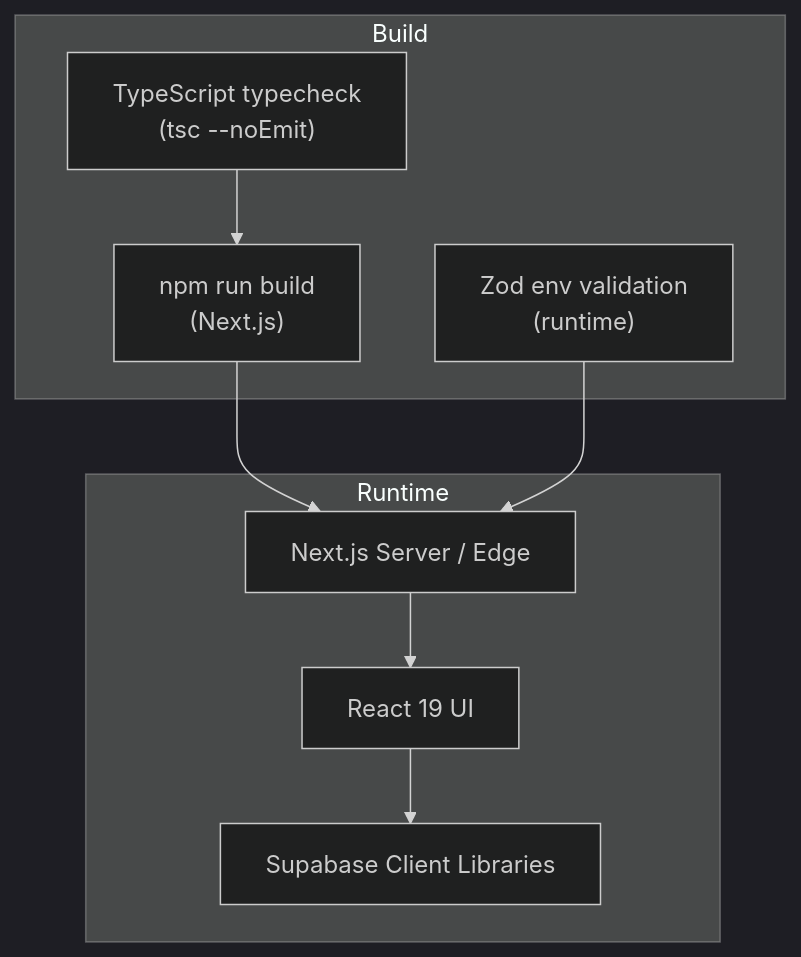
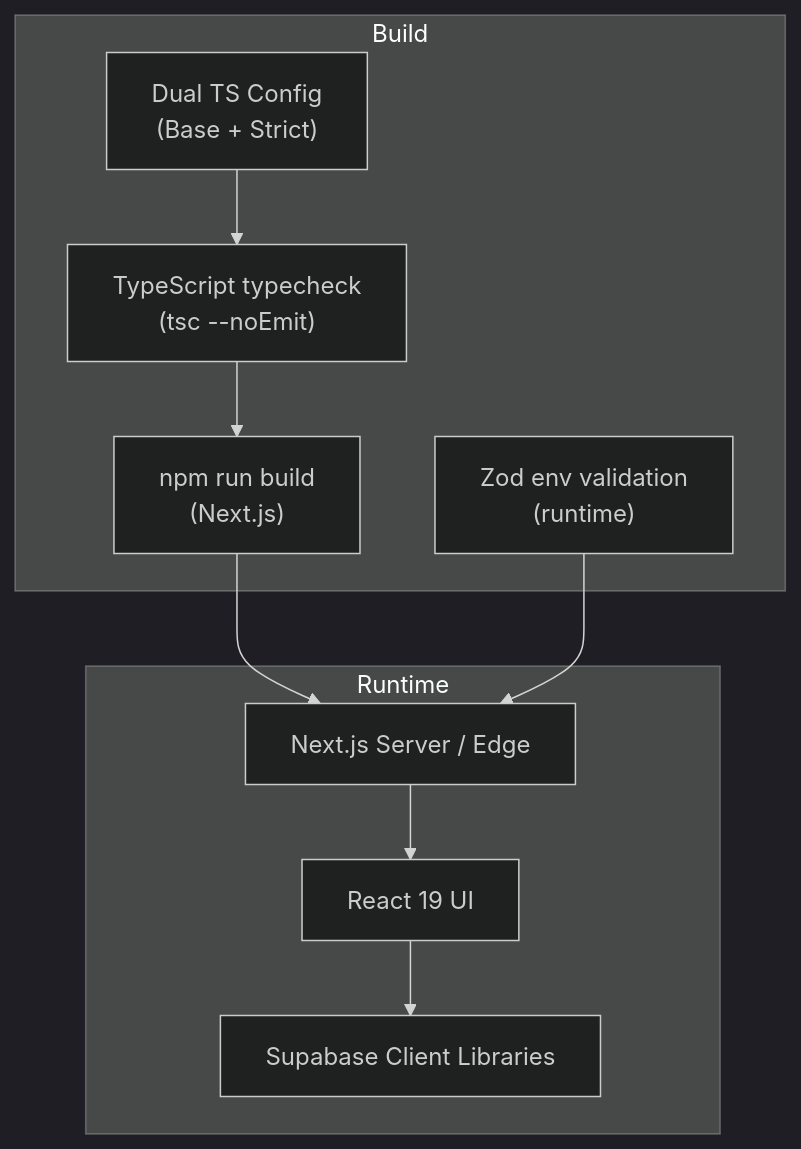
The second of 5 diagrams in .qoder/repowiki/en/content/Build & Deployment.md (AmeliaDi/ProyectoENESZooMatch), drawn with Mermaid (dark theme) before and after one commit. The commit also changed other lines of this file and 50 other files, not shown here.

````diff
--- a/.qoder/repowiki/en/content/Build & Deployment.md
+++ b/.qoder/repowiki/en/content/Build & Deployment.md
@@ -78,18 +92,20 @@
 ```mermaid
 graph TB
 subgraph "Build"
 P["npm run build<br/>(Next.js)"]
 T["TypeScript typecheck<br/>(tsc --noEmit)"]
+TS["Dual TS Config<br/>(Base + Strict)"]
 Z["Zod env validation<br/>(runtime)"]
 end
 subgraph "Runtime"
 N["Next.js Server / Edge"]
 R["React 19 UI"]
 S["Supabase Client Libraries"]
 end
 P --> N
 T --> P
+TS --> T
 Z --> N
 N --> R
 R --> S
 ```
````
